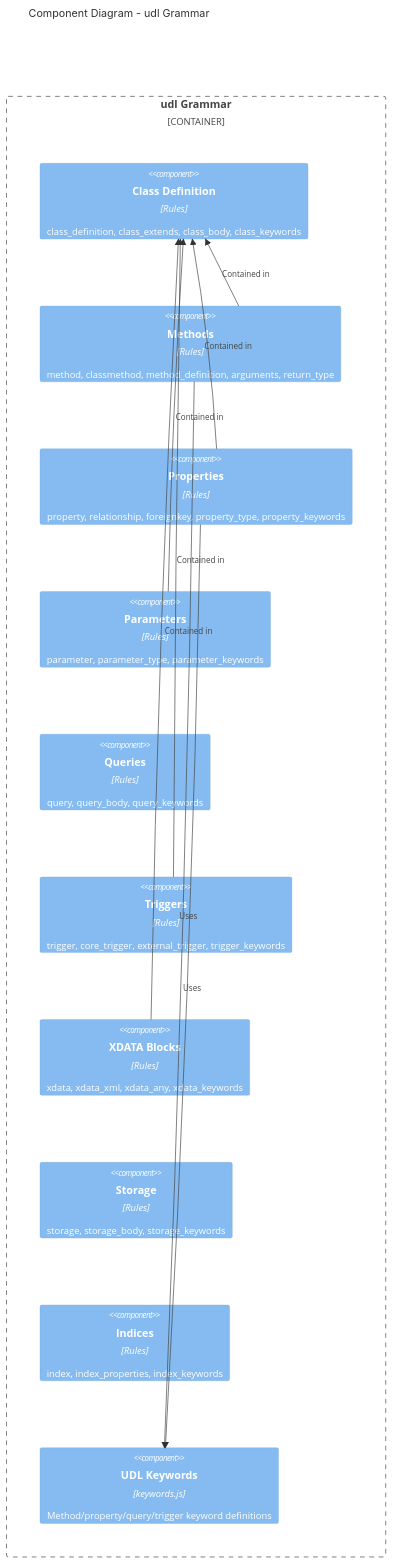
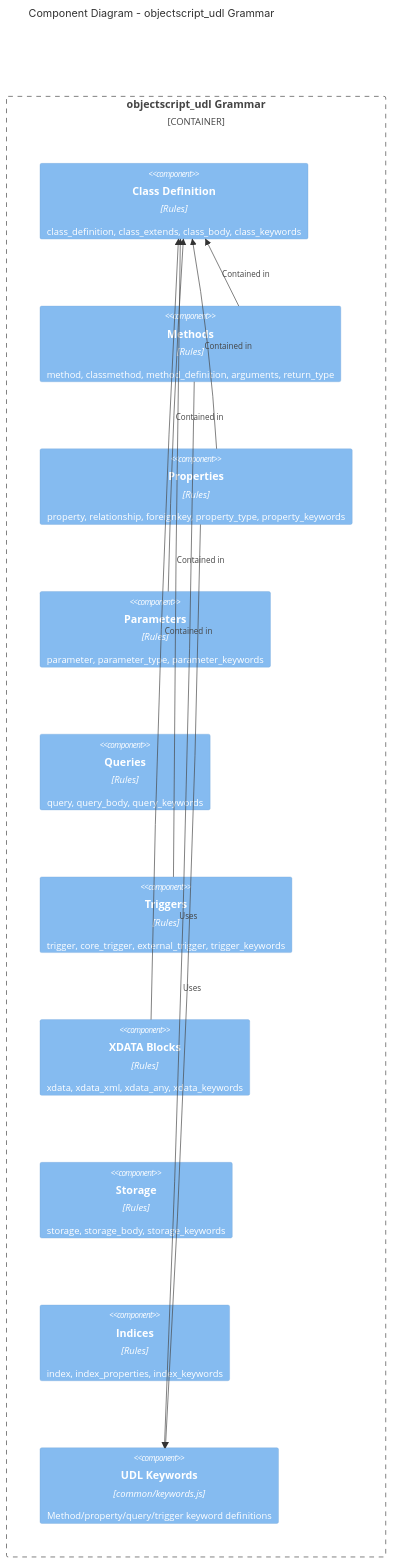
Before and after one commit to intersystems/tree-sitter-objectscript: the fifth of 7 diagrams in docs/c4.md, drawn with Mermaid. The commit also changed other lines of this file and 12 other files, not shown here.

````diff
--- a/docs/c4.md
+++ b/docs/c4.md
@@ -175,25 +186,25 @@
 ```mermaid
 C4Component
-    title Component Diagram - udl Grammar
+    title Component Diagram - objectscript_udl Grammar
 
-    Container_Boundary(udl_grammar, "udl Grammar") {
+    Container_Boundary(udl_grammar, "objectscript_udl Grammar") {
         Component(class_def, "Class Definition", "Rules", "class_definition, class_extends, class_body, class_keywords")
         Component(methods, "Methods", "Rules", "method, classmethod, method_definition, arguments, return_type")
         Component(properties, "Properties", "Rules", "property, relationship, foreignkey, property_type, property_keywords")
         Component(parameters, "Parameters", "Rules", "parameter, parameter_type, parameter_keywords")
         Component(queries, "Queries", "Rules", "query, query_body, query_keywords")
         Component(triggers, "Triggers", "Rules", "trigger, core_trigger, external_trigger, trigger_keywords")
         Component(xdata, "XDATA Blocks", "Rules", "xdata, xdata_xml, xdata_any, xdata_keywords")
         Component(storage, "Storage", "Rules", "storage, storage_body, storage_keywords")
         Component(indices, "Indices", "Rules", "index, index_properties, index_keywords")
-        Component(keywords, "UDL Keywords", "keywords.js", "Method/property/query/trigger keyword definitions")
+        Component(keywords, "UDL Keywords", "common/keywords.js", "Method/property/query/trigger keyword definitions")
     }
 
     Rel(methods, class_def, "Contained in")
     Rel(properties, class_def, "Contained in")
     Rel(parameters, class_def, "Contained in")
     Rel(triggers, class_def, "Contained in")
     Rel(xdata, class_def, "Contained in")
     Rel(methods, keywords, "Uses")
     Rel(properties, keywords, "Uses")
 ```
````
